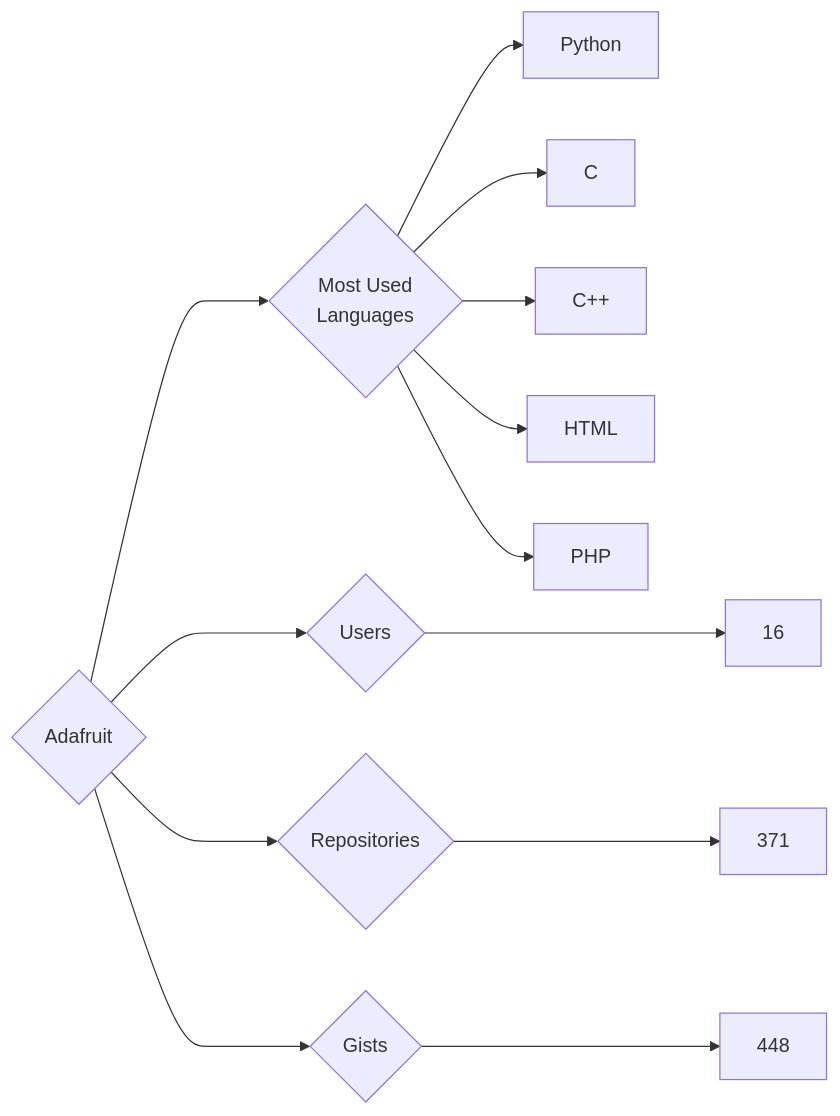
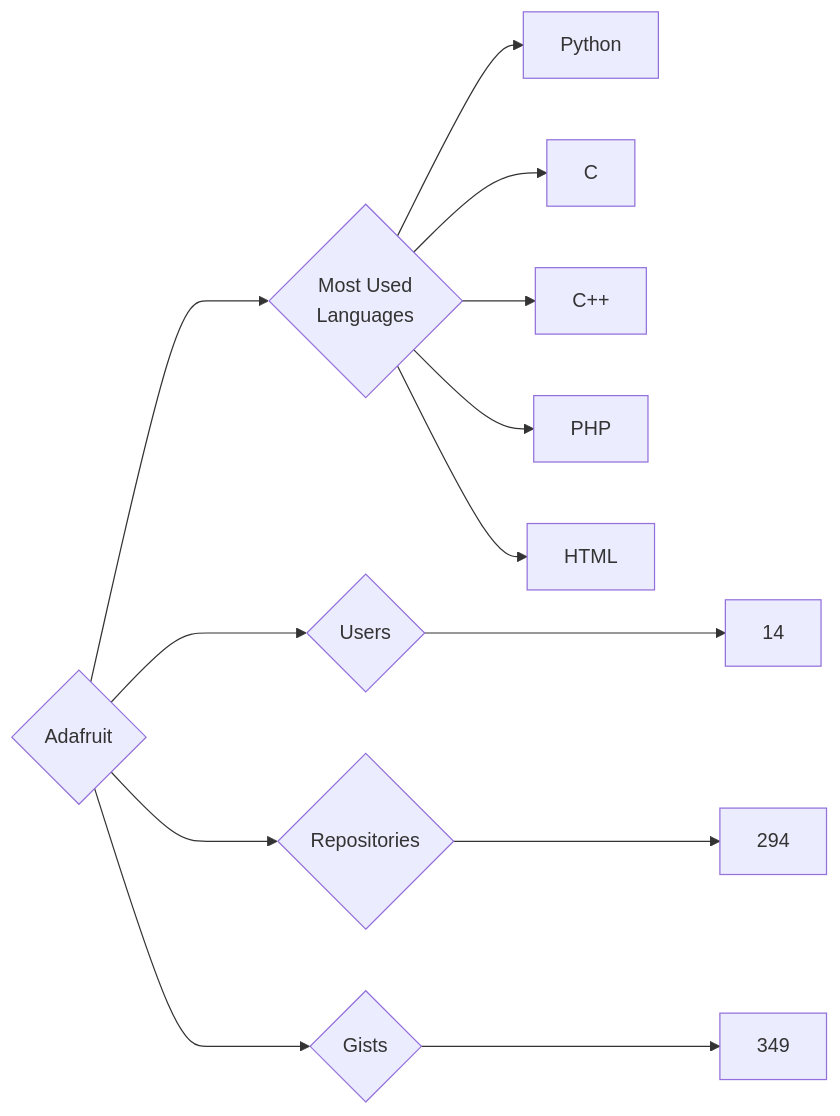
Before and after one commit to trickest/insiders: the diagram in targets/Adafruit/README.md, drawn with Mermaid. The commit also changed 639 other files, not shown here.

````diff
--- a/targets/Adafruit/README.md
+++ b/targets/Adafruit/README.md
@@ -3,13 +3,13 @@
 ```mermaid
 graph LR
 COMPANY_NAME{Adafruit}
-COMPANY_NAME ---> U{Users} ---> UN[16]
-COMPANY_NAME ---> R{Repositories} ---> RN[371]
-COMPANY_NAME ---> G{Gists} ---> GN[448]
+COMPANY_NAME ---> U{Users} ---> UN[14]
+COMPANY_NAME ---> R{Repositories} ---> RN[294]
+COMPANY_NAME ---> G{Gists} ---> GN[349]
 COMPANY_NAME ---> ML{Most Used<br>Languages}
 ML --> Python[Python]
 ML --> C[C]
 ML --> C++[C++]
+ML --> PHP[PHP]
 ML --> HTML[HTML]
-ML --> PHP[PHP]
 ```
````
